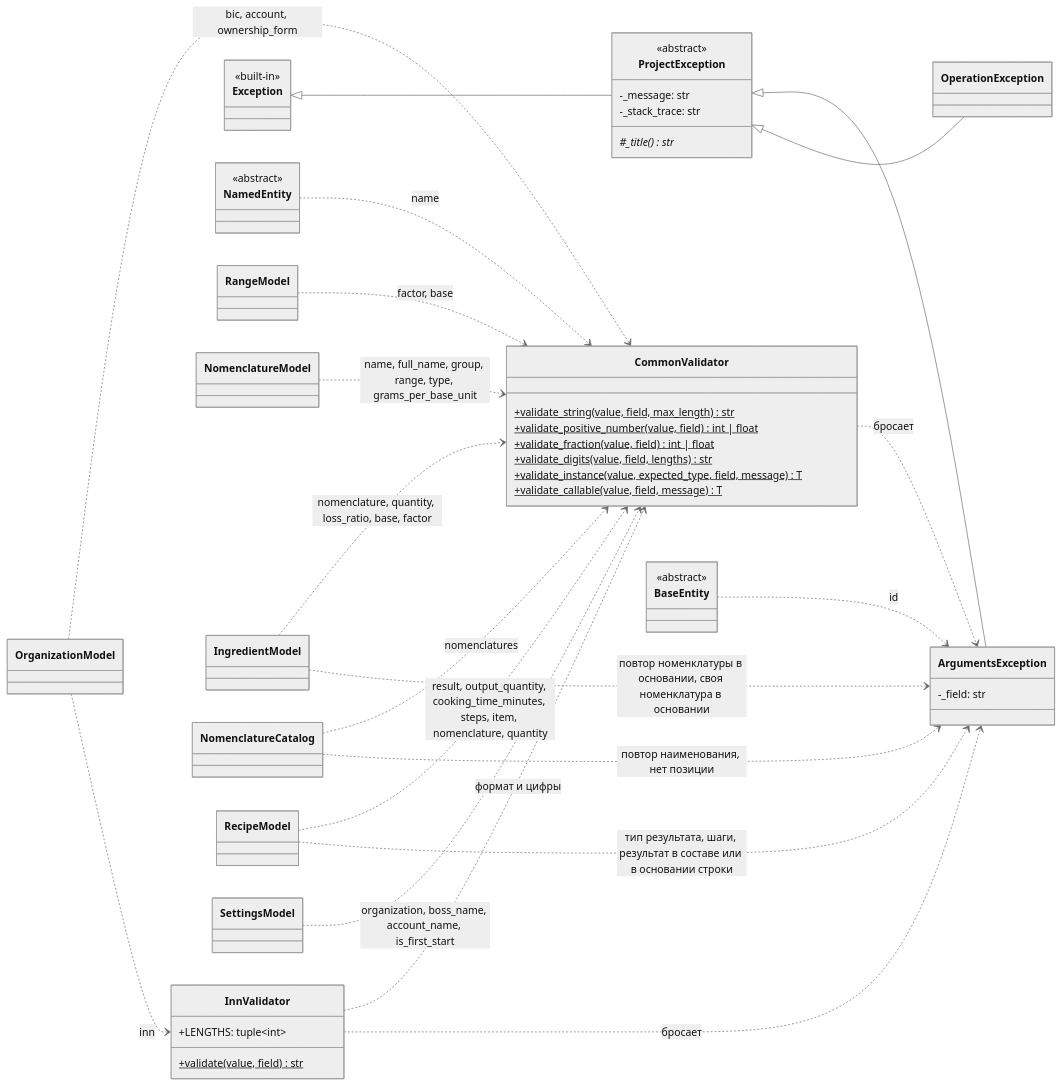
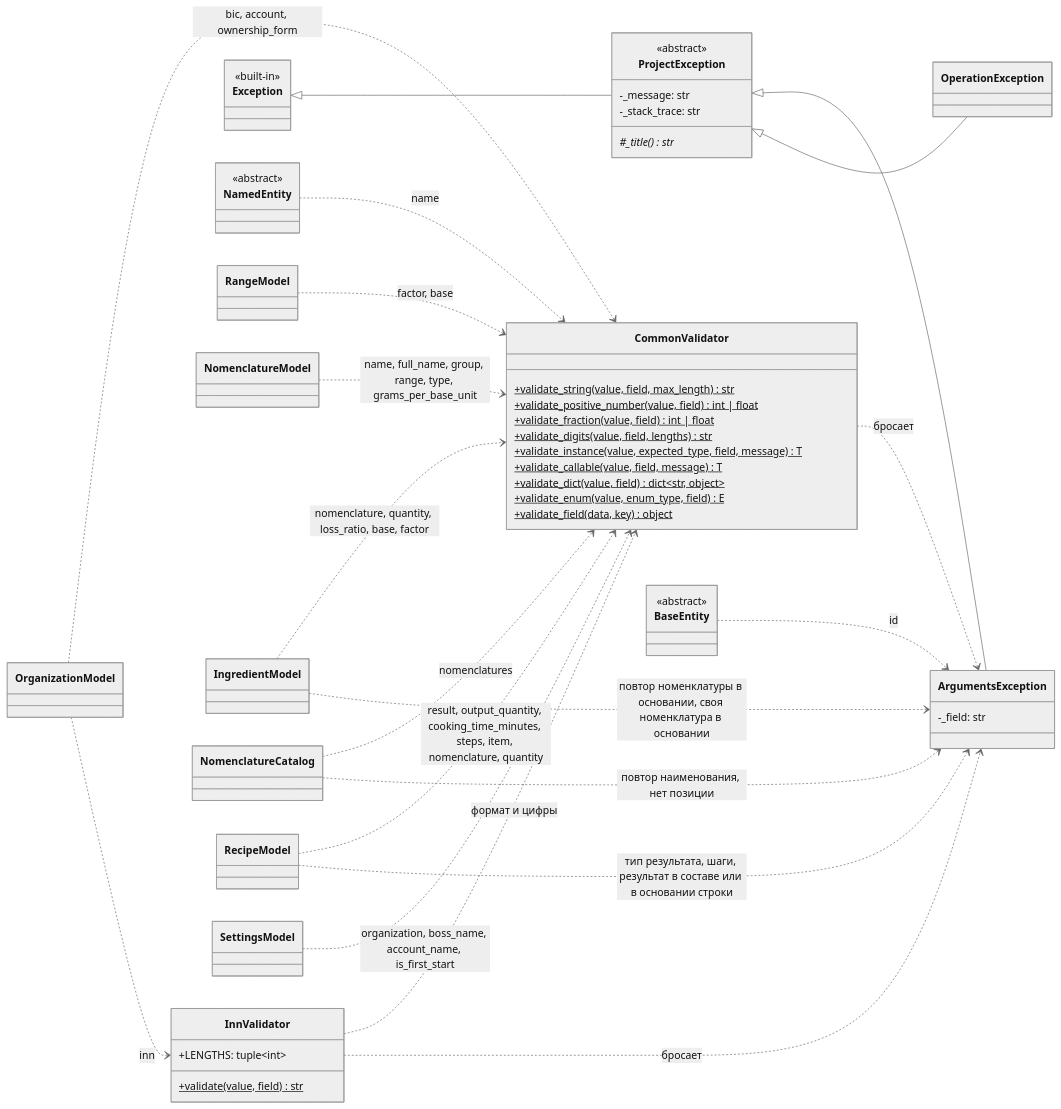
Before and after one commit to asutenshi/design-patterns: the third of 9 diagrams in Docs/ClassDiagram.md, drawn with Mermaid (neutral theme). The commit also changed other lines of this file and 18 other files, not shown here.

````diff
--- a/Docs/ClassDiagram.md
+++ b/Docs/ClassDiagram.md
@@ -301,71 +301,74 @@
 ```mermaid
 classDiagram
     direction LR
 
     class CommonValidator {
         +validate_string(value, field, max_length)$ str
         +validate_positive_number(value, field)$ int | float
         +validate_fraction(value, field)$ int | float
         +validate_digits(value, field, lengths)$ str
         +validate_instance(value, expected_type, field, message)$ T
         +validate_callable(value, field, message)$ T
+        +validate_dict(value, field)$ dict~str, object~
+        +validate_enum(value, enum_type, field)$ E
+        +validate_field(data, key)$ object
     }
 
     class InnValidator {
         +LENGTHS: tuple~int~
         +validate(value, field)$ str
     }
 
     class ProjectException {
         <<abstract>>
         -_message: str
         -_stack_trace: str
         #_title()* str
     }
 
     class ArgumentsException {
         -_field: str
     }
 
     class OperationException
 
     class Exception {
         <<built-in>>
     }
 
     class NamedEntity {
         <<abstract>>
     }
 
     class BaseEntity {
         <<abstract>>
     }
 
     class RangeModel
     class NomenclatureModel
     class IngredientModel
     class NomenclatureCatalog
     class RecipeModel
     class OrganizationModel
     class SettingsModel
 
     Exception <|-- ProjectException
     ProjectException <|-- ArgumentsException
     ProjectException <|-- OperationException
     InnValidator ..> CommonValidator : формат и цифры
     CommonValidator ..> ArgumentsException : бросает
     InnValidator ..> ArgumentsException : бросает
     BaseEntity ..> ArgumentsException : id
     NamedEntity ..> CommonValidator : name
     RangeModel ..> CommonValidator : factor, base
     NomenclatureModel ..> CommonValidator : name, full_name, group, range, type, grams_per_base_unit
     IngredientModel ..> CommonValidator : nomenclature, quantity, loss_ratio, base, factor
     IngredientModel ..> ArgumentsException : повтор номенклатуры в основании, своя номенклатура в основании
     NomenclatureCatalog ..> CommonValidator : nomenclatures
     NomenclatureCatalog ..> ArgumentsException : повтор наименования, нет позиции
     RecipeModel ..> CommonValidator : result, output_quantity, cooking_time_minutes, steps, item, nomenclature, quantity
     RecipeModel ..> ArgumentsException : тип результата, шаги, результат в составе или в основании строки
     OrganizationModel ..> CommonValidator : bic, account, ownership_form
     OrganizationModel ..> InnValidator : inn
     SettingsModel ..> CommonValidator : organization, boss_name, account_name, is_first_start
 ```
````
